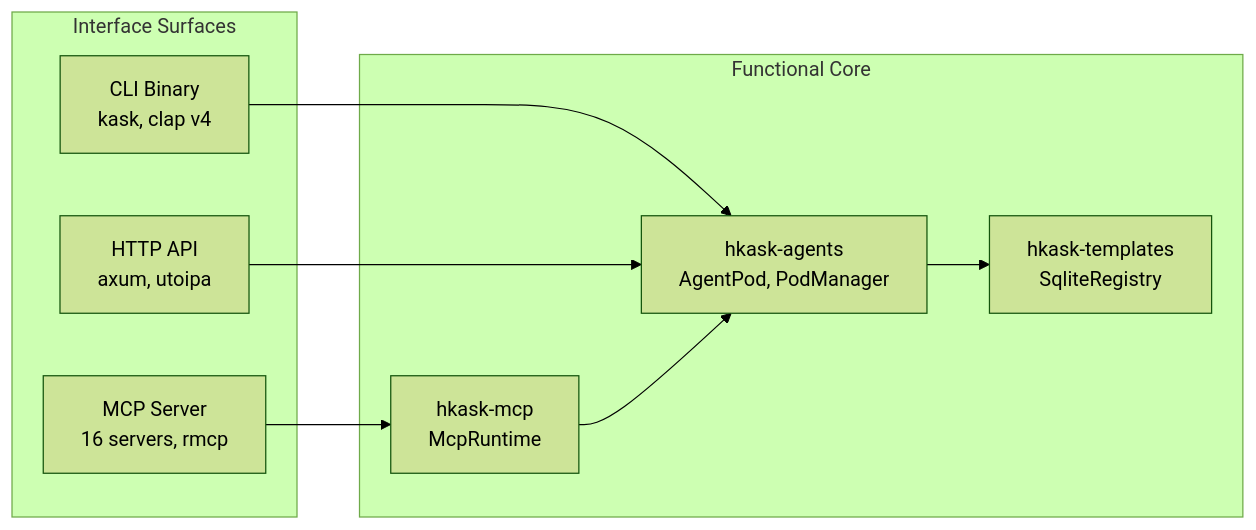
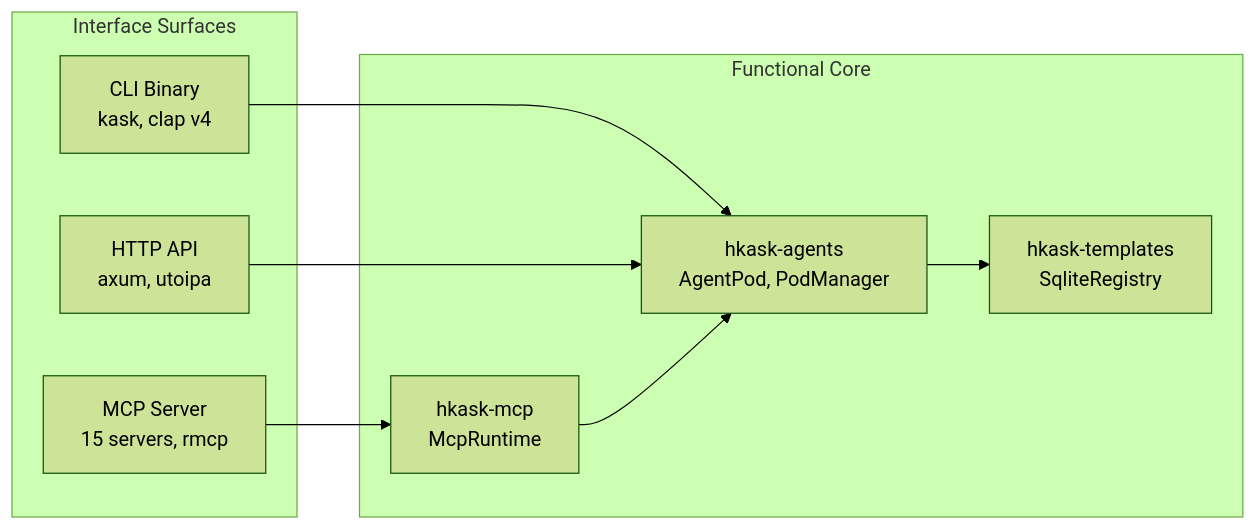
The first of 2 diagrams in docs/architecture/interface-and-composition.md (mdz-axo/hKask), drawn with Mermaid (forest theme) before and after one commit. The commit also changed 12 other files, not shown here.

````diff
--- a/docs/architecture/interface-and-composition.md
+++ b/docs/architecture/interface-and-composition.md
@@ -25,20 +25,20 @@
 ```mermaid
 graph LR
     subgraph Surfaces["Interface Surfaces"]
-        MCP_S["MCP Server<br/>16 servers, rmcp"]
+        MCP_S["MCP Server<br/>15 servers, rmcp"]
         CLI_S["CLI Binary<br/>kask, clap v4"]
         API_S["HTTP API<br/>axum, utoipa"]
     end
 
     subgraph Core["Functional Core"]
         AGENTS["hkask-agents<br/>AgentPod, PodManager"]
         TEMPLATES["hkask-templates<br/>SqliteRegistry"]
         MCP_RT["hkask-mcp<br/>McpRuntime"]
     end
 
     MCP_S --> MCP_RT
     CLI_S --> AGENTS
     API_S --> AGENTS
     MCP_RT --> AGENTS
     AGENTS --> TEMPLATES
 ```
````
